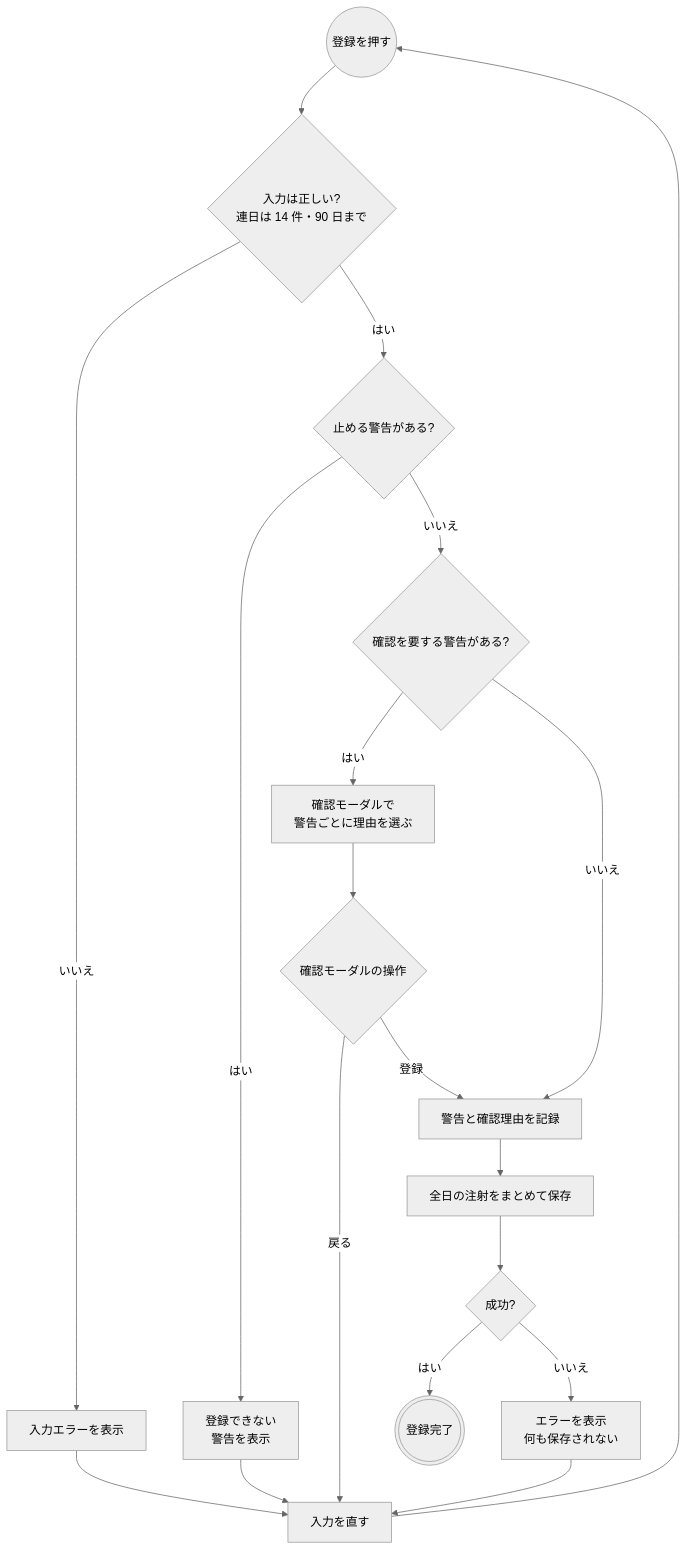
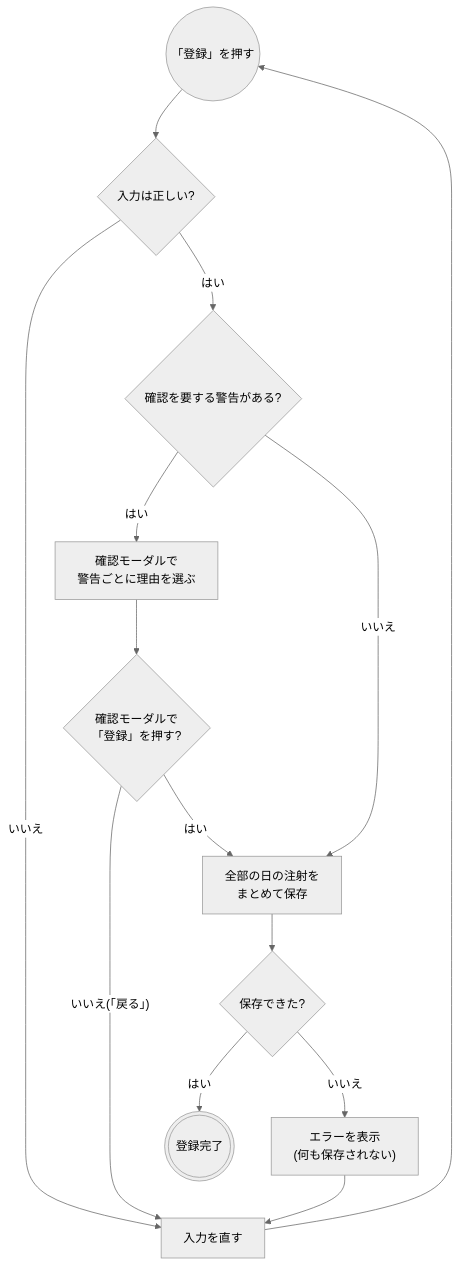
One commit to ysnr-dev/fhir-client-docs changed the second of 4 diagrams in docs/flows/injection.md. Above: the diagram before and after it, drawn with Mermaid (neutral theme). The commit also changed other lines of this file and 43 other files, not shown here.

Commit message:
docs: 業務フローとシーケンス図を写し直し

````diff
--- a/docs/flows/injection.md
+++ b/docs/flows/injection.md
@@ -85,31 +91,23 @@
 ```mermaid
 flowchart TD
-  submit(("登録を押す"))
-  valid{"入力は正しい?<br/>連日は 14 件・90 日まで"}
-  validError["入力エラーを表示"]
-  blocked{"止める警告がある?"}
-  blockedError["登録できない<br/>警告を表示"]
+  submit(("「登録」を押す"))
+  valid{"入力は正しい?"}
+  fix["入力を直す"]
   confirm{"確認を要する警告がある?"}
   modal["確認モーダルで<br/>警告ごとに理由を選ぶ"]
-  choice{"確認モーダルの操作"}
-  ledger["警告と確認理由を記録"]
-  send["全日の注射をまとめて保存"]
-  result{"成功?"}
-  failed["エラーを表示<br/>何も保存されない"]
+  choice{"確認モーダルで<br/>「登録」を押す?"}
+  send["全部の日の注射を<br/>まとめて保存"]
+  result{"保存できた?"}
+  failed["エラーを表示<br/>(何も保存されない)"]
   done((("登録完了")))
-  fix["入力を直す"]
 
   submit --> valid
-  valid -- "いいえ" --> validError --> fix
-  valid -- "はい" --> blocked
-  blocked -- "はい" --> blockedError --> fix
-  blocked -- "いいえ" --> confirm
+  valid -- "いいえ" --> fix --> submit
+  valid -- "はい" --> confirm
   confirm -- "はい" --> modal --> choice
-  choice -- "戻る" --> fix
-  choice -- "登録" --> ledger
-  confirm -- "いいえ" --> ledger
-  ledger --> send --> result
+  choice -- "いいえ(「戻る」)" --> fix
+  choice -- "はい" --> send
+  confirm -- "いいえ" --> send --> result
   result -- "はい" --> done
   result -- "いいえ" --> failed --> fix
-  fix --> submit
 ```
````
